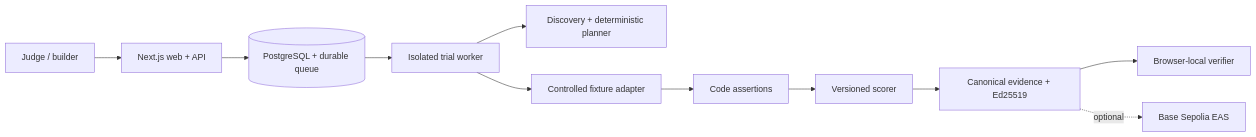
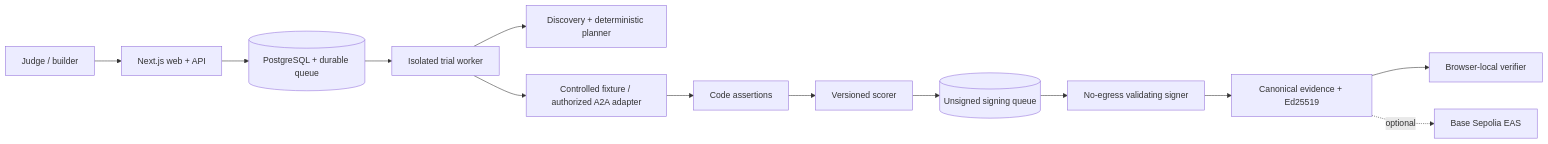
One commit to tang-vu/agenttrial changed the diagram in README.md. Above: the diagram before and after it, drawn with Mermaid. The commit also changed other lines of this file and 16 other files, not shown here.

````diff
--- a/README.md
+++ b/README.md
@@ -70,13 +70,15 @@
 ```mermaid
 flowchart LR
     J[Judge / builder] --> W[Next.js web + API]
     W --> P[(PostgreSQL + durable queue)]
     P --> R[Isolated trial worker]
     R --> D[Discovery + deterministic planner]
-    R --> F[Controlled fixture adapter]
+    R --> F[Controlled fixture / authorized A2A adapter]
     F --> A[Code assertions]
     A --> S[Versioned scorer]
-    S --> E[Canonical evidence + Ed25519]
+    S --> Q[(Unsigned signing queue)]
+    Q --> K[No-egress validating signer]
+    K --> E[Canonical evidence + Ed25519]
     E --> V[Browser-local verifier]
     E -. optional .-> B[Base Sepolia EAS]
 ```
````
